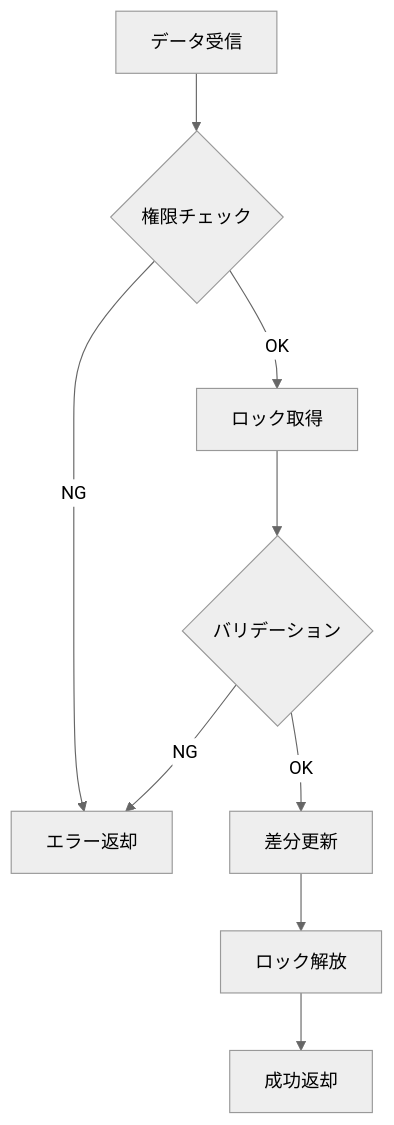
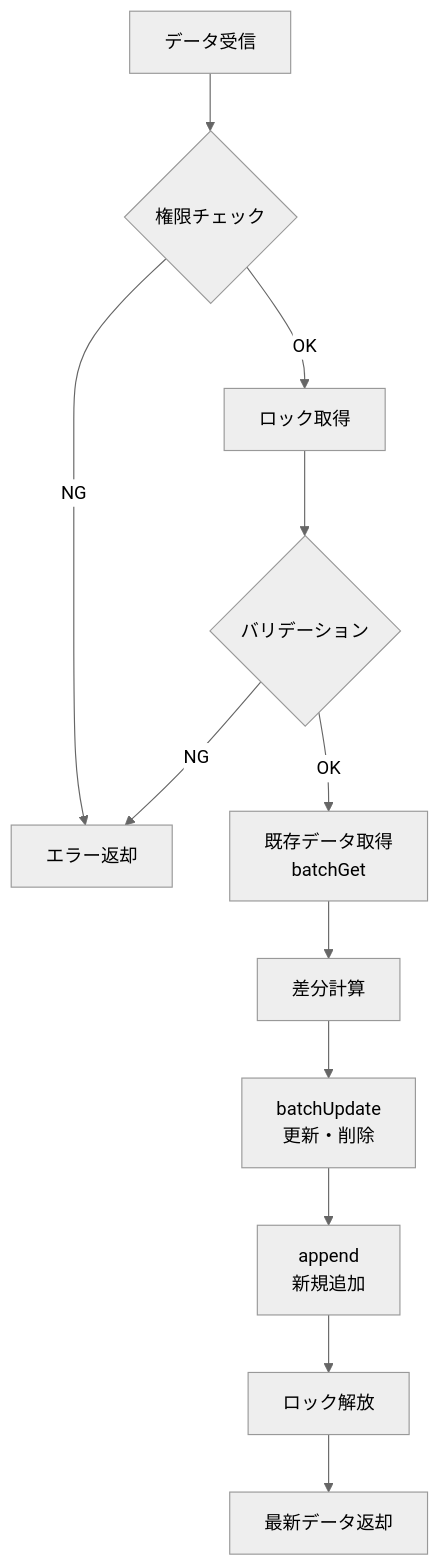
The fourth of 6 diagrams in PROGRAM_SPECIFICATION.md (suzukishigeru4b/juken-survey-public), drawn with Mermaid (neutral theme) before and after one commit. The commit also changed other lines of this file and 6 other files, not shown here.

````diff
--- a/PROGRAM_SPECIFICATION.md
+++ b/PROGRAM_SPECIFICATION.md
@@ -228,11 +292,14 @@
 ```mermaid
 flowchart TD
     A[データ受信] --> B{権限チェック}
     B -->|OK| C[ロック取得]
     B -->|NG| X[エラー返却]
     C --> D{バリデーション}
-    D -->|OK| E[差分更新]
+    D -->|OK| E[既存データ取得<br/>batchGet]
     D -->|NG| X
-    E --> F[ロック解放]
-    F --> G[成功返却]
+    E --> F[差分計算]
+    F --> G[batchUpdate<br/>更新・削除]
+    G --> H[append<br/>新規追加]
+    H --> I[ロック解放]
+    I --> J[最新データ返却]
 ```
````
